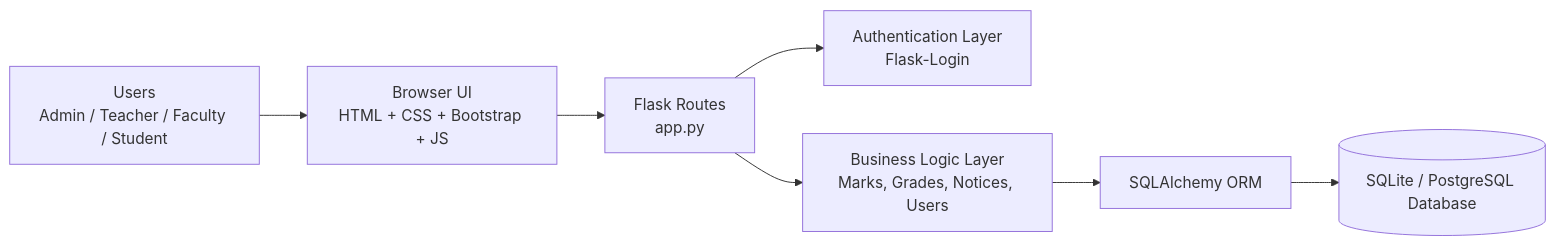
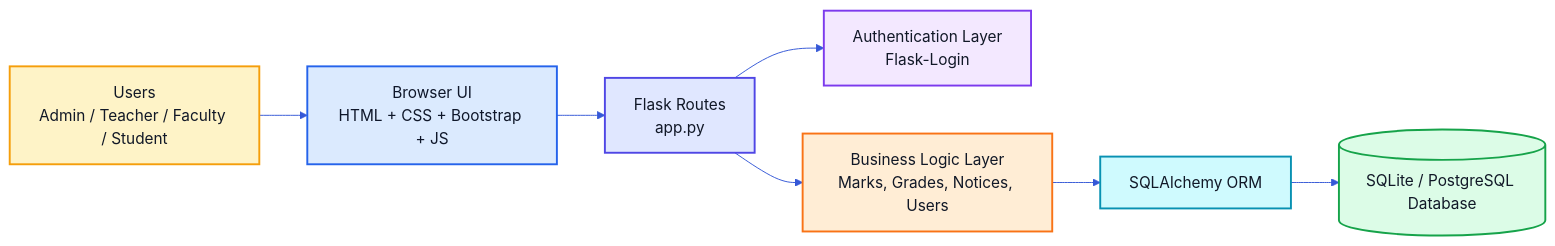
One commit to aniket-nihal/MCA-Result-Portal changed the first of 7 diagrams in README.md. Above: the diagram before and after it, drawn with Mermaid. The commit also changed other lines of this file, not shown here.

````diff
--- a/README.md
+++ b/README.md
@@ -50,9 +61,26 @@
 ```mermaid
+%%{init: {'theme': 'base', 'themeVariables': { 'primaryColor': '#eef4ff', 'primaryTextColor': '#182033', 'lineColor': '#3558d7', 'fontFamily': 'Arial' }}}%%
 flowchart LR
     U[Users\nAdmin / Teacher / Faculty / Student] --> B[Browser UI\nHTML + CSS + Bootstrap + JS]
     B --> R[Flask Routes\napp.py]
     R --> A[Authentication Layer\nFlask-Login]
     R --> L[Business Logic Layer\nMarks, Grades, Notices, Users]
     L --> O[SQLAlchemy ORM]
     O --> D[(SQLite / PostgreSQL Database)]
+
+    classDef user fill:#fef3c7,stroke:#f59e0b,color:#111827,stroke-width:2px
+    classDef frontend fill:#dbeafe,stroke:#2563eb,color:#0f172a,stroke-width:2px
+    classDef backend fill:#e0e7ff,stroke:#4f46e5,color:#111827,stroke-width:2px
+    classDef auth fill:#f3e8ff,stroke:#7c3aed,color:#111827,stroke-width:2px
+    classDef logic fill:#ffedd5,stroke:#f97316,color:#111827,stroke-width:2px
+    classDef orm fill:#cffafe,stroke:#0891b2,color:#111827,stroke-width:2px
+    classDef db fill:#dcfce7,stroke:#16a34a,color:#111827,stroke-width:2px
+
+    class U user
+    class B frontend
+    class R backend
+    class A auth
+    class L logic
+    class O orm
+    class D db
 ```
````
